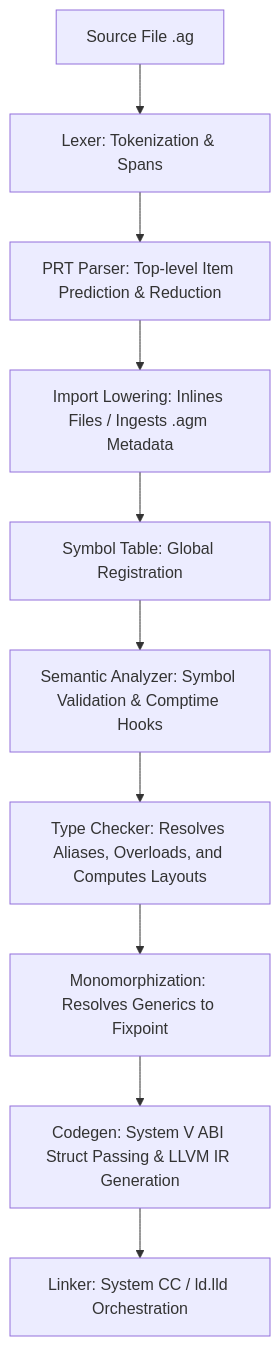
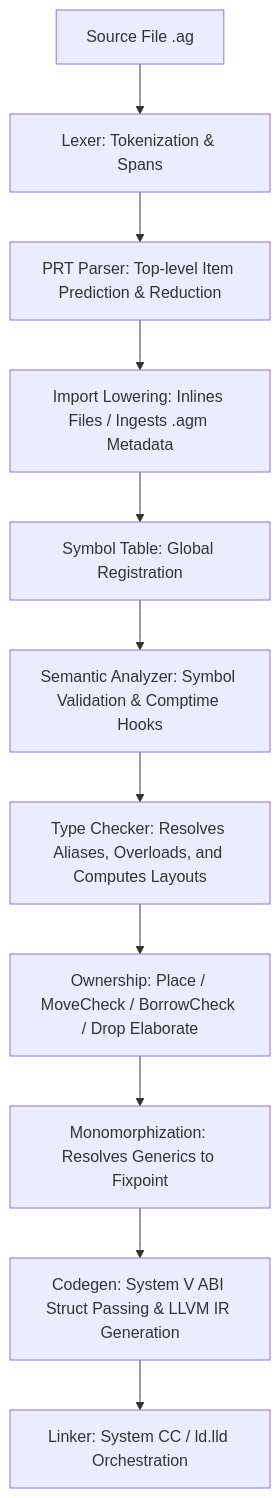
One commit to CierCier/silver changed the diagram in AGENTS.md. Above: the diagram before and after it, drawn with Mermaid. The commit also changed other lines of this file and 12 other files, not shown here.

Commit message:
docs: update AGENTS and SYNTAX for Place/TypeProperties, remove superseded plan docs

````diff
--- a/AGENTS.md
+++ b/AGENTS.md
@@ -80,12 +85,13 @@
 ```mermaid
 flowchart TD
     Source[Source File .ag] --> Lex[Lexer: Tokenization & Spans]
     Lex --> Parse[PRT Parser: Top-level Item Prediction & Reduction]
     Parse --> Import[Import Lowering: Inlines Files / Ingests .agm Metadata]
     Import --> SymInit[Symbol Table: Global Registration]
     SymInit --> Semantic[Semantic Analyzer: Symbol Validation & Comptime Hooks]
     Semantic --> TypeCheck[Type Checker: Resolves Aliases, Overloads, and Computes Layouts]
-    TypeCheck --> Monomorph[Monomorphization: Resolves Generics to Fixpoint]
+    TypeCheck --> Ownership[Ownership: Place / MoveCheck / BorrowCheck / Drop Elaborate]
+    Ownership --> Monomorph[Monomorphization: Resolves Generics to Fixpoint]
     Monomorph --> Codegen[Codegen: System V ABI Struct Passing & LLVM IR Generation]
     Codegen --> Link[Linker: System CC / ld.lld Orchestration]
 ```
````
